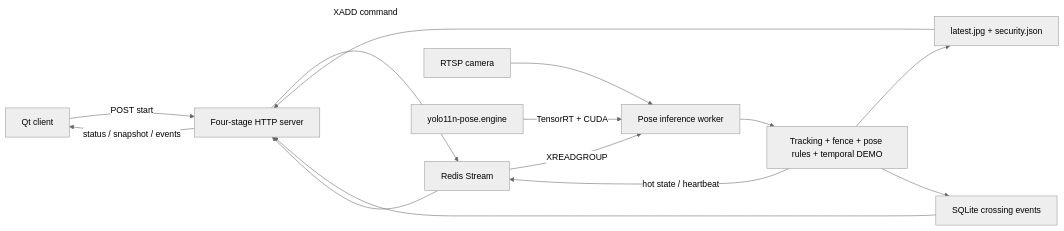
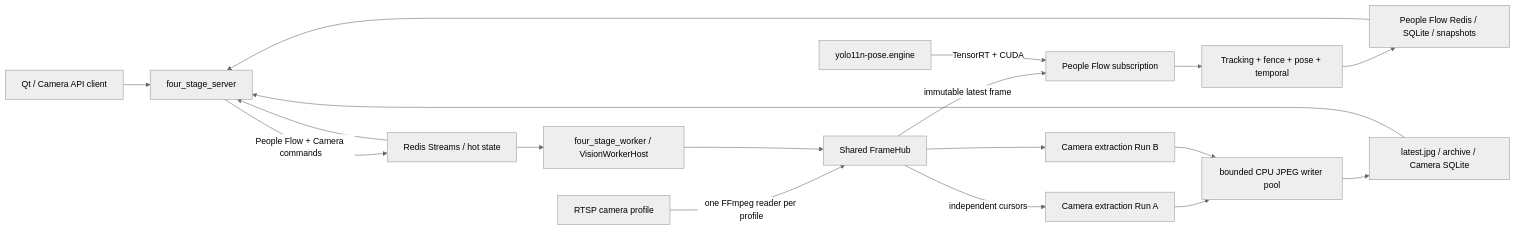
The diagram in docs/ARCHITECTURE.md (guagua-paopao/vision_project), drawn with Mermaid (neutral theme) before and after one commit. The commit also changed other lines of this file and 120 other files, not shown here.

Commit message:
integrate FrameHub and algorithm service through P2

````diff
--- a/docs/ARCHITECTURE.md
+++ b/docs/ARCHITECTURE.md
@@ -5,16 +5,20 @@
 ```mermaid
 flowchart LR
-    Q["Qt client"] -->|"POST start"| H["Four-stage HTTP server"]
-    H -->|"XADD command"| R["Redis Stream"]
-    R -->|"XREADGROUP"| W["Pose inference worker"]
-    C["RTSP camera"] --> W
-    M["yolo11n-pose.engine"] -->|"TensorRT + CUDA"| W
-    W --> A["Tracking + fence + pose rules + temporal DEMO"]
-    A -->|"hot state / heartbeat"| R
-    A --> F["latest.jpg + security.json"]
-    A --> S["SQLite crossing events"]
+    Q["Qt / Camera API client"] --> H["four_stage_server"]
+    H -->|"People Flow + Camera commands"| R["Redis Streams / hot state"]
+    R --> W["four_stage_worker / VisionWorkerHost"]
+    C["RTSP camera profile"] -->|"one FFmpeg reader per profile"| F["Shared FrameHub"]
+    W --> F
+    F -->|"immutable latest frame"| P["People Flow subscription"]
+    F -->|"independent cursors"| T1["Camera extraction Run A"]
+    F --> T2["Camera extraction Run B"]
+    M["yolo11n-pose.engine"] -->|"TensorRT + CUDA"| P
+    P --> A["Tracking + fence + pose + temporal"]
+    A --> PF["People Flow Redis / SQLite / snapshots"]
+    T1 --> BW["bounded CPU JPEG writer pool"]
+    T2 --> BW
+    BW --> CF["latest.jpg / archive / Camera SQLite"]
+    PF --> H
+    CF --> H
     R --> H
-    F --> H
-    S --> H
-    H -->|"status / snapshot / events"| Q
 ```
````
